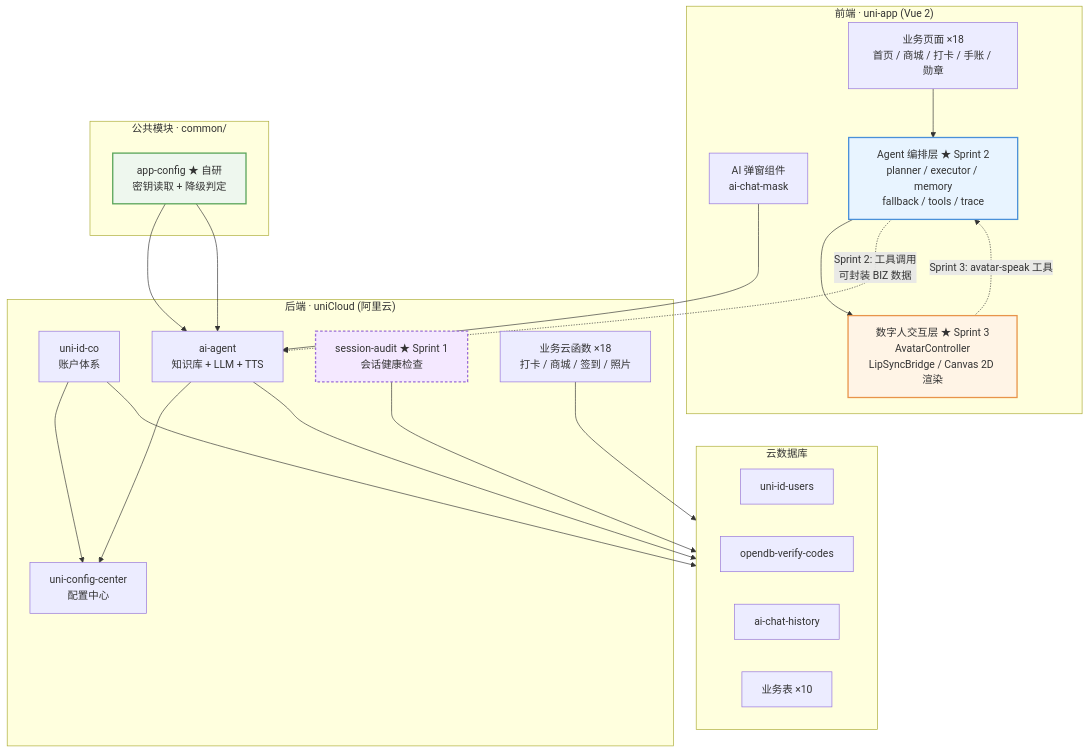
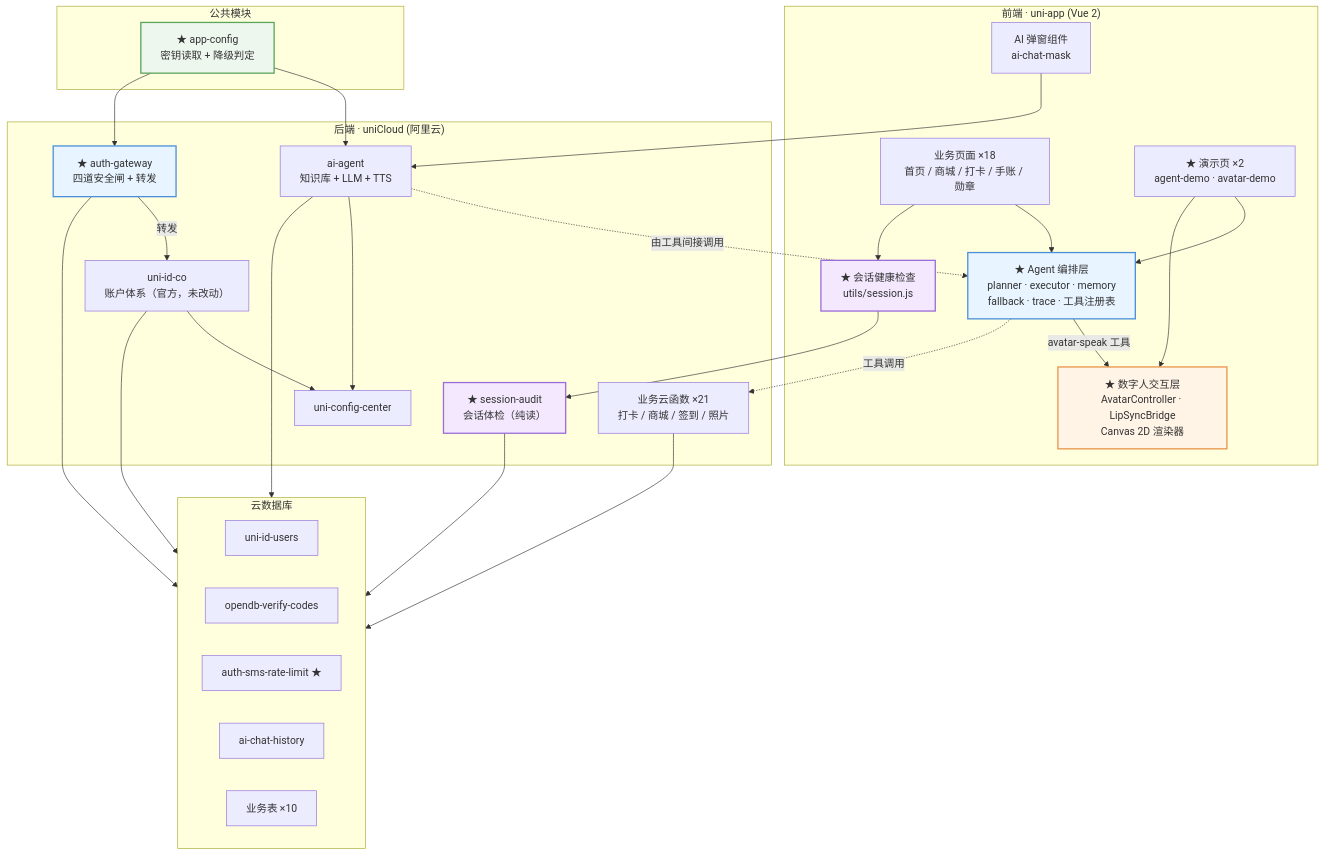
One commit to Charlene0000/Taste-of-Villages changed the diagram in README.md. Above: the diagram before and after it, drawn with Mermaid. The commit also changed other lines of this file and 6 other files, not shown here.

````diff
--- a/README.md
+++ b/README.md
@@ -50,47 +50,59 @@
 ```mermaid
 graph TB
     subgraph Client["前端 · uni-app (Vue 2)"]
         UI["业务页面 ×18<br/>首页 / 商城 / 打卡 / 手账 / 勋章"]
         AIUI["AI 弹窗组件<br/>ai-chat-mask"]
-        AGENT["Agent 编排层 ★ Sprint 2<br/>planner / executor / memory<br/>fallback / tools / trace"]
-        AVA["数字人交互层 ★ Sprint 3<br/>AvatarController<br/>LipSyncBridge / Canvas 2D 渲染"]
+        AGENT["★ Agent 编排层<br/>planner · executor · memory<br/>fallback · trace · 工具注册表"]
+        AVA["★ 数字人交互层<br/>AvatarController · LipSyncBridge<br/>Canvas 2D 渲染器"]
+        SESS["★ 会话健康检查<br/>utils/session.js"]
+        DEMO["★ 演示页 ×2<br/>agent-demo · avatar-demo"]
     end
 
-    subgraph Common["公共模块 · common/"]
-        CFG["app-config ★ 自研<br/>密钥读取 + 降级判定"]
+    subgraph Common["公共模块"]
+        CFG["★ app-config<br/>密钥读取 + 降级判定"]
     end
 
     subgraph Cloud["后端 · uniCloud (阿里云)"]
-        UID["uni-id-co<br/>账户体系"]
-        CFGF["ai-agent<br/>知识库 + LLM + TTS"]
-        SESS["session-audit ★ Sprint 1<br/>会话健康检查"]
-        BIZ["业务云函数 ×18<br/>打卡 / 商城 / 签到 / 照片"]
-        COMMON["uni-config-center<br/>配置中心"]
+        UID["uni-id-co<br/>账户体系（官方，未改动）"]
+        GATE["★ auth-gateway<br/>四道安全闸 + 转发"]
+        AUDIT["★ session-audit<br/>会话体检（纯读）"]
+        AGENTCF["ai-agent<br/>知识库 + LLM + TTS"]
+        BIZ["业务云函数 ×21<br/>打卡 / 商城 / 签到 / 照片"]
+        CENTER["uni-config-center"]
     end
 
     subgraph DB["云数据库"]
         T1["uni-id-users"]
         T2["opendb-verify-codes"]
-        T3["ai-chat-history"]
-        T4["业务表 ×10"]
+        T3["auth-sms-rate-limit ★"]
+        T4["ai-chat-history"]
+        T5["业务表 ×10"]
     end
 
     UI --> AGENT
-    AGENT --> AVA
-    AIUI --> CFGF
-    AGENT -.->|Sprint 2: 工具调用<br/>可封装 BIZ 数据| CFGF
-    AVA -.->|Sprint 3: avatar-speak 工具| AGENT
-    CFG --> CFGF
-    CFG --> CFGF
-    CFGF --> COMMON
-    UID --> COMMON
-    CFGF --> DB
+    DEMO --> AGENT
+    DEMO --> AVA
+    AGENT -->|avatar-speak 工具| AVA
+    AGENT -.->|工具调用| BIZ
+    UI --> SESS
+    SESS --> AUDIT
+    AGENTCF -.->|由工具间接调用| AGENT
+    AIUI --> AGENTCF
+    CFG --> AGENTCF
+    CFG --> GATE
+    UID --> CENTER
+    AGENTCF --> CENTER
+    GATE -->|转发| UID
     UID --> DB
+    GATE --> DB
+    AUDIT --> DB
+    AGENTCF --> DB
     BIZ --> DB
-    SESS --> DB
 
     style AGENT fill:#e8f4ff,stroke:#4a90d9,stroke-width:2px
     style AVA fill:#fff4e6,stroke:#e8944a,stroke-width:2px
     style CFG fill:#eef7ee,stroke:#5aa55a,stroke-width:2px
-    style SESS fill:#f4e8ff,stroke:#9b6dd9,stroke-width:2px,stroke-dasharray: 4 3
+    style GATE fill:#e8f4ff,stroke:#4a90d9,stroke-width:2px
+    style AUDIT fill:#f4e8ff,stroke:#9b6dd9,stroke-width:2px
+    style SESS fill:#f4e8ff,stroke:#9b6dd9,stroke-width:2px
 ```
````
